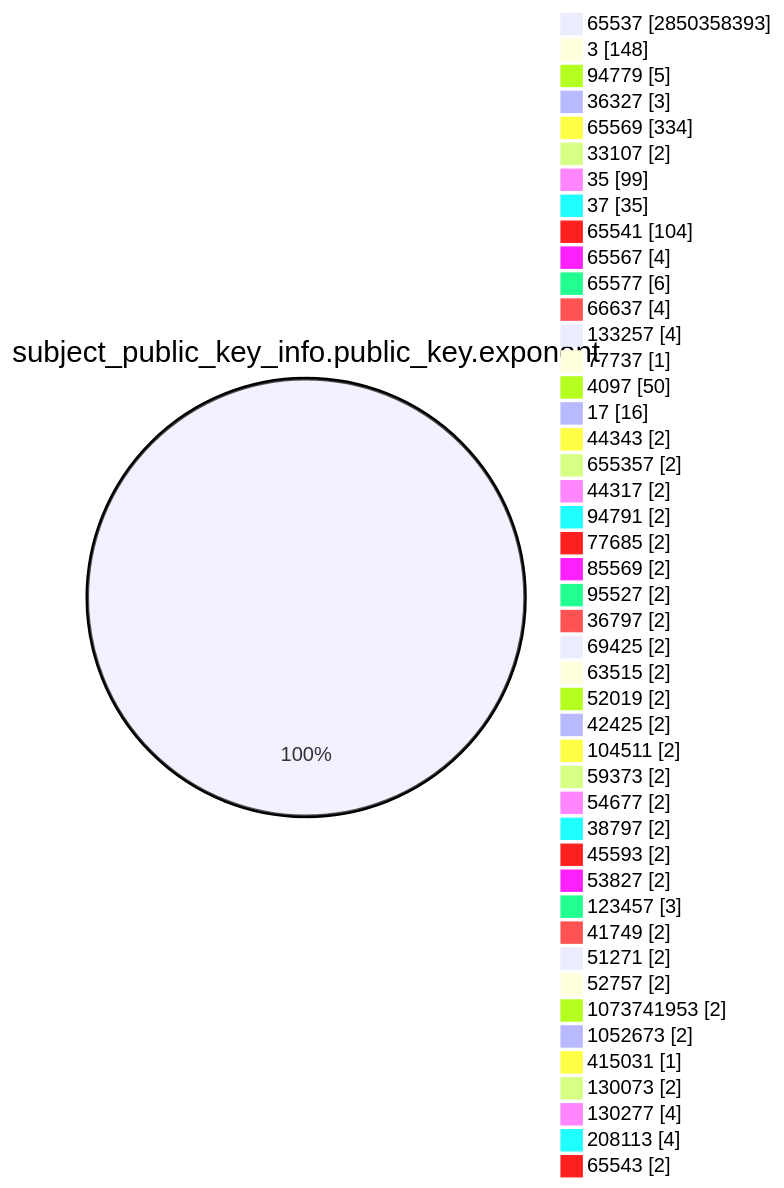
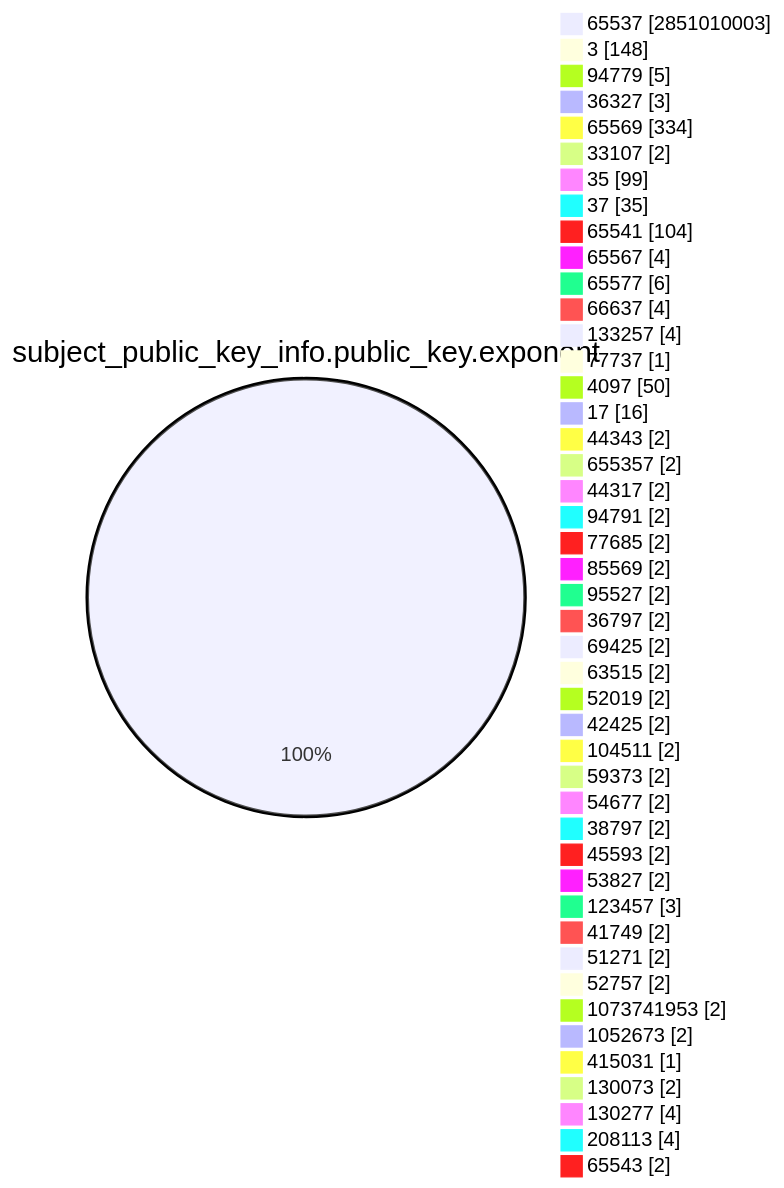
Before and after one commit to christiankrug/ctmonitor_visualization: the fourth of 15 diagrams in TOTAL/README.md, drawn with Mermaid. The commit also changed other lines of this file, not shown here.

````diff
--- a/TOTAL/README.md
+++ b/TOTAL/README.md
@@ -1468,49 +1468,49 @@
 ```mermaid
 pie showData
 title subject_public_key_info.public_key.exponent
-"65537" :2850358393
+"65537" :2851010003
 "3" :148
 "94779" :5
 "36327" :3
 "65569" :334
 "33107" :2
 "35" :99
 "37" :35
 "65541" :104
 "65567" :4
 "65577" :6
 "66637" :4
 "133257" :4
 "77737" :1
 "4097" :50
 "17" :16
 "44343" :2
 "655357" :2
 "44317" :2
 "94791" :2
 "77685" :2
 "85569" :2
 "95527" :2
 "36797" :2
 "69425" :2
 "63515" :2
 "52019" :2
 "42425" :2
 "104511" :2
 "59373" :2
 "54677" :2
 "38797" :2
 "45593" :2
 "53827" :2
 "123457" :3
 "41749" :2
 "51271" :2
 "52757" :2
 "1073741953" :2
 "1052673" :2
 "415031" :1
 "130073" :2
 "130277" :4
 "208113" :4
 "65543" :2
 ```
````
